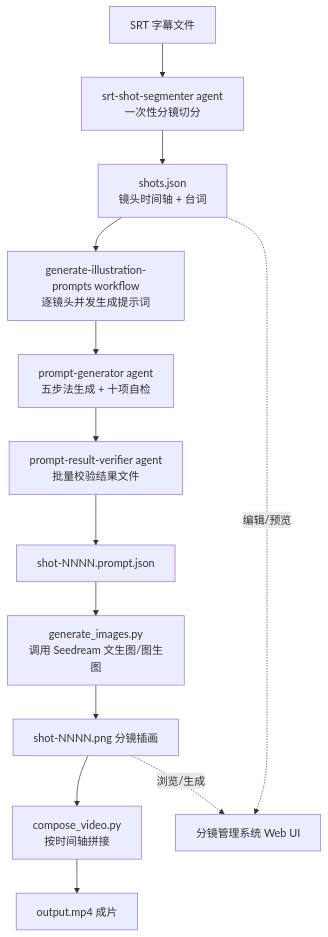
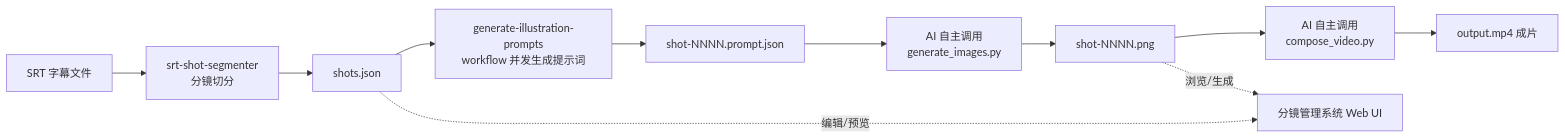
Before and after one commit to LetMeHappyCode/auto-video-agent: the diagram in README.md, drawn with Mermaid. The commit also changed other lines of this file, not shown here.

````diff
--- a/README.md
+++ b/README.md
@@ -38,15 +38,9 @@
 ```mermaid
-flowchart TD
-    A[SRT 字幕文件] --> B["srt-shot-segmenter agent<br/>一次性分镜切分"]
-    B --> C[shots.json<br/>镜头时间轴 + 台词]
-    C --> D["generate-illustration-prompts workflow<br/>逐镜头并发生成提示词"]
-    D --> E["prompt-generator agent<br/>五步法生成 + 十项自检"]
-    E --> F["prompt-result-verifier agent<br/>批量校验结果文件"]
-    F --> G[shot-NNNN.prompt.json]
-    G --> H["generate_images.py<br/>调用 Seedream 文生图/图生图"]
-    H --> I[shot-NNNN.png 分镜插画]
-    I --> J["compose_video.py<br/>按时间轴拼接"]
-    J --> K[output.mp4 成片]
+flowchart LR
+    A[SRT 字幕文件] --> B["srt-shot-segmenter<br/>分镜切分"] --> C[shots.json]
+    C --> D["generate-illustration-prompts<br/>workflow 并发生成提示词"] --> G[shot-NNNN.prompt.json]
+    G --> H["AI 自主调用<br/>generate_images.py"] --> I[shot-NNNN.png]
+    I --> J["AI 自主调用<br/>compose_video.py"] --> K[output.mp4 成片]
     C -.编辑/预览.-> L[分镜管理系统 Web UI]
     I -.浏览/生成.-> L
 ```
````
